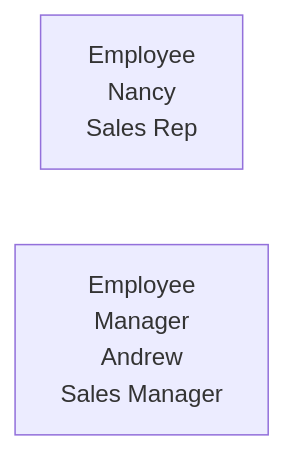
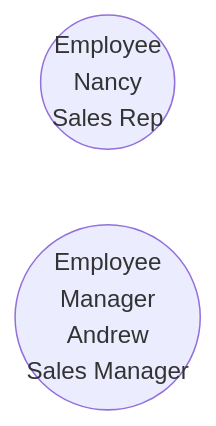
Before and after one commit to neo4j-graphacademy/courses: the second of 13 diagrams in asciidoc/courses/workshop-importing/modules/2-data-modeling/lessons/7-refactoring/lesson.adoc, drawn with Mermaid. The commit also changed other lines of this file and 15 other files, not shown here.

````diff
--- a/asciidoc/courses/workshop-importing/modules/2-data-modeling/lessons/7-refactoring/lesson.adoc
+++ b/asciidoc/courses/workshop-importing/modules/2-data-modeling/lessons/7-refactoring/lesson.adoc
@@ -64,5 +64,5 @@
 ```mermaid
 graph LR
-    A[Employee<br/>Nancy<br/>Sales Rep]
-    B[Employee<br/>Manager<br/>Andrew<br/>Sales Manager]
+    A((Employee<br/>Nancy<br/>Sales Rep))
+    B((Employee<br/>Manager<br/>Andrew<br/>Sales Manager))
 ```
````
